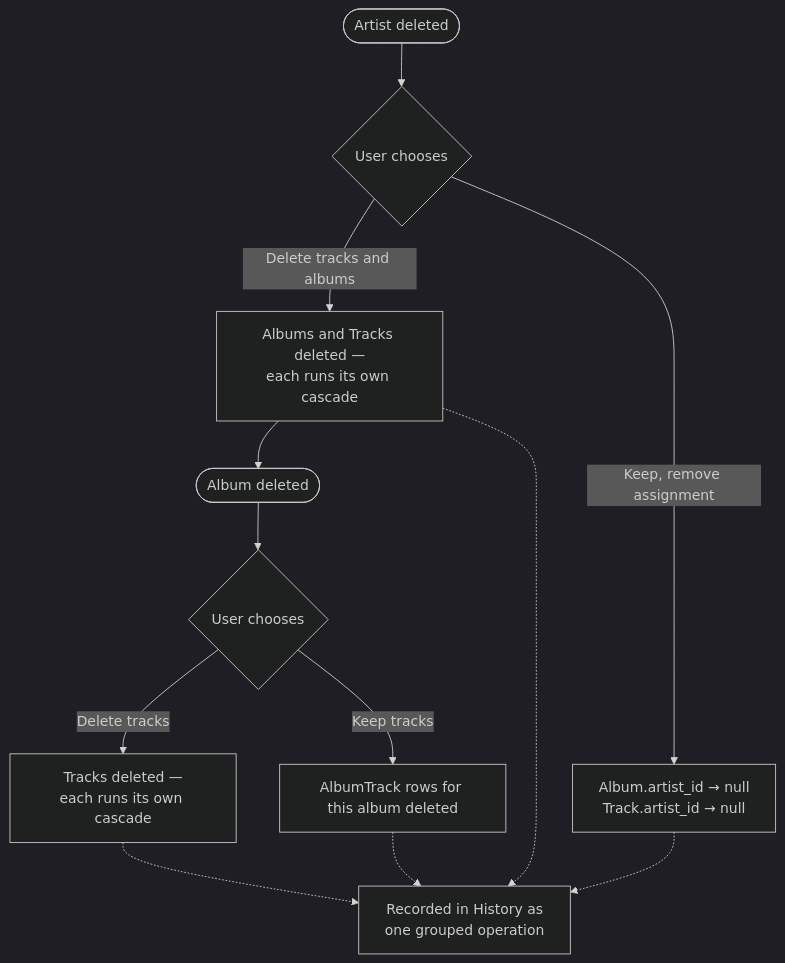
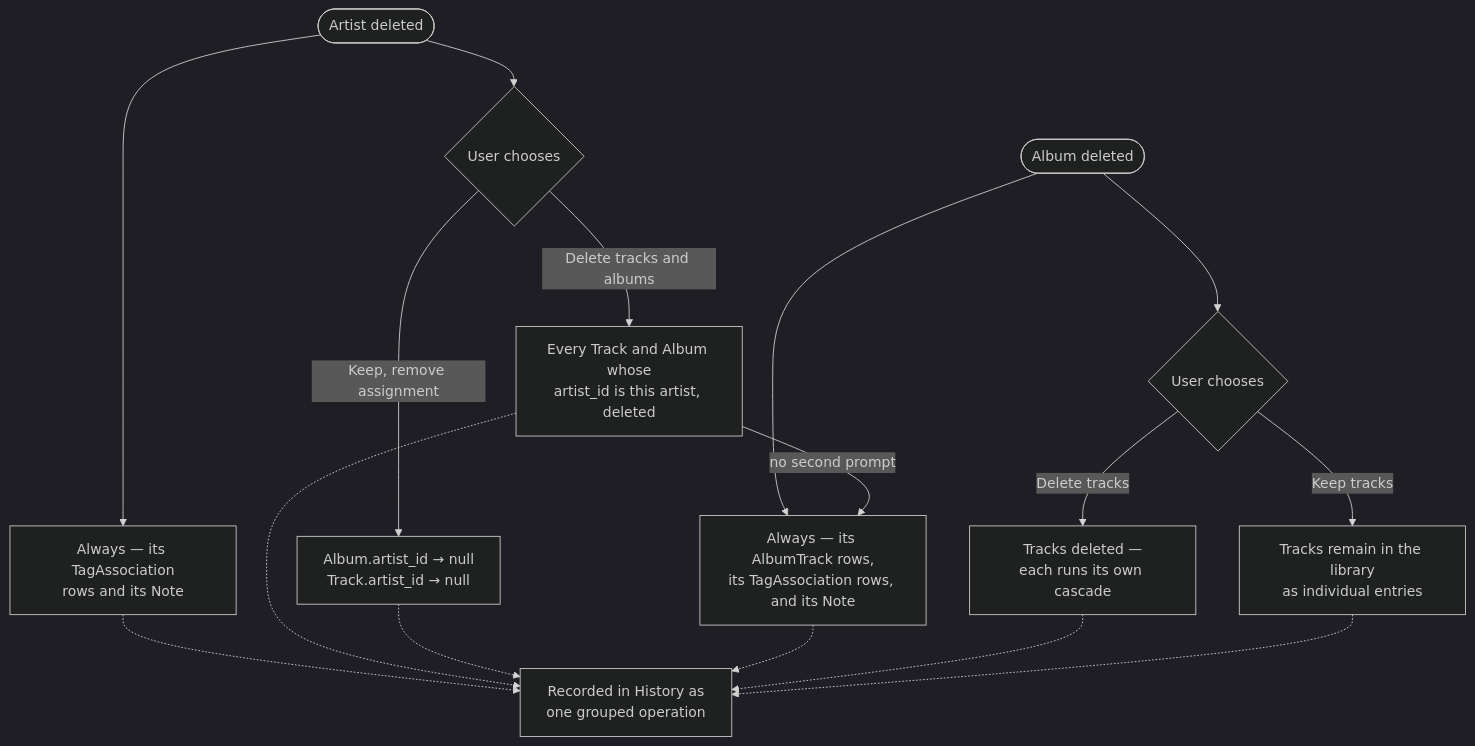
One commit to thomTHORNE/project.Northstar changed the fourth of 6 diagrams in Spec/1. Data Model.md. Above: the diagram before and after it, drawn with Mermaid (dark theme). The commit also changed other lines of this file and 2 other files, not shown here.

````diff
--- a/Spec/1. Data Model.md
+++ b/Spec/1. Data Model.md
@@ -110,14 +110,16 @@
 ```mermaid
 flowchart TB
-    A(["Artist deleted"]) --> AC{"User chooses"}
-    AC -->|"Delete tracks and albums"| AD["Albums and Tracks deleted —<br/>each runs its own cascade"]
+    A(["Artist deleted"]) --> AU["Always — its TagAssociation<br/>rows and its Note"]
+    A --> AC{"User chooses"}
+    AC -->|"Delete tracks and albums"| AD["Every Track and Album whose<br/>artist_id is this artist, deleted"]
     AC -->|"Keep, remove assignment"| AK["Album.artist_id → null<br/>Track.artist_id → null"]
 
-    B(["Album deleted"]) --> BC{"User chooses"}
+    B(["Album deleted"]) --> BU["Always — its AlbumTrack rows,<br/>its TagAssociation rows, and its Note"]
+    B --> BC{"User chooses"}
     BC -->|"Delete tracks"| BD["Tracks deleted —<br/>each runs its own cascade"]
-    BC -->|"Keep tracks"| BK["AlbumTrack rows for this album deleted"]
+    BC -->|"Keep tracks"| BK["Tracks remain in the library<br/>as individual entries"]
 
-    AD --> B
+    AD -->|"no second prompt"| BU
 
-    AD & AK & BD & BK -.-> H["Recorded in History as<br/>one grouped operation"]
+    AU & AD & AK & BU & BD & BK -.-> H["Recorded in History as<br/>one grouped operation"]
 ```
````
